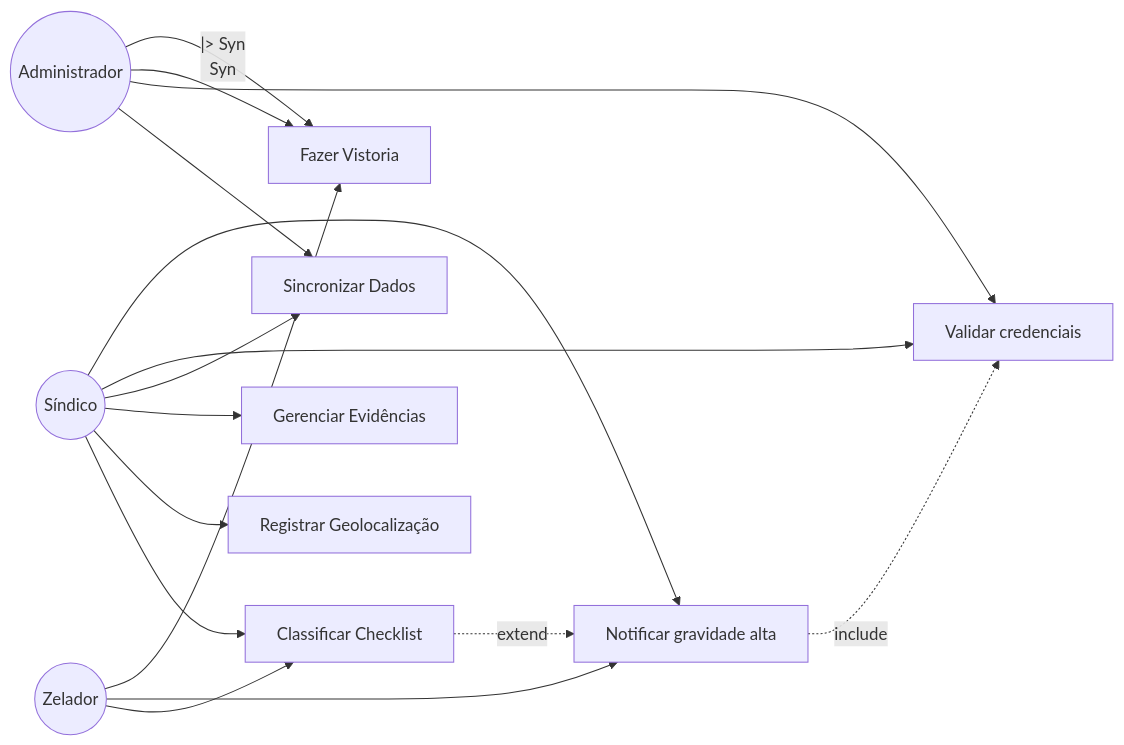
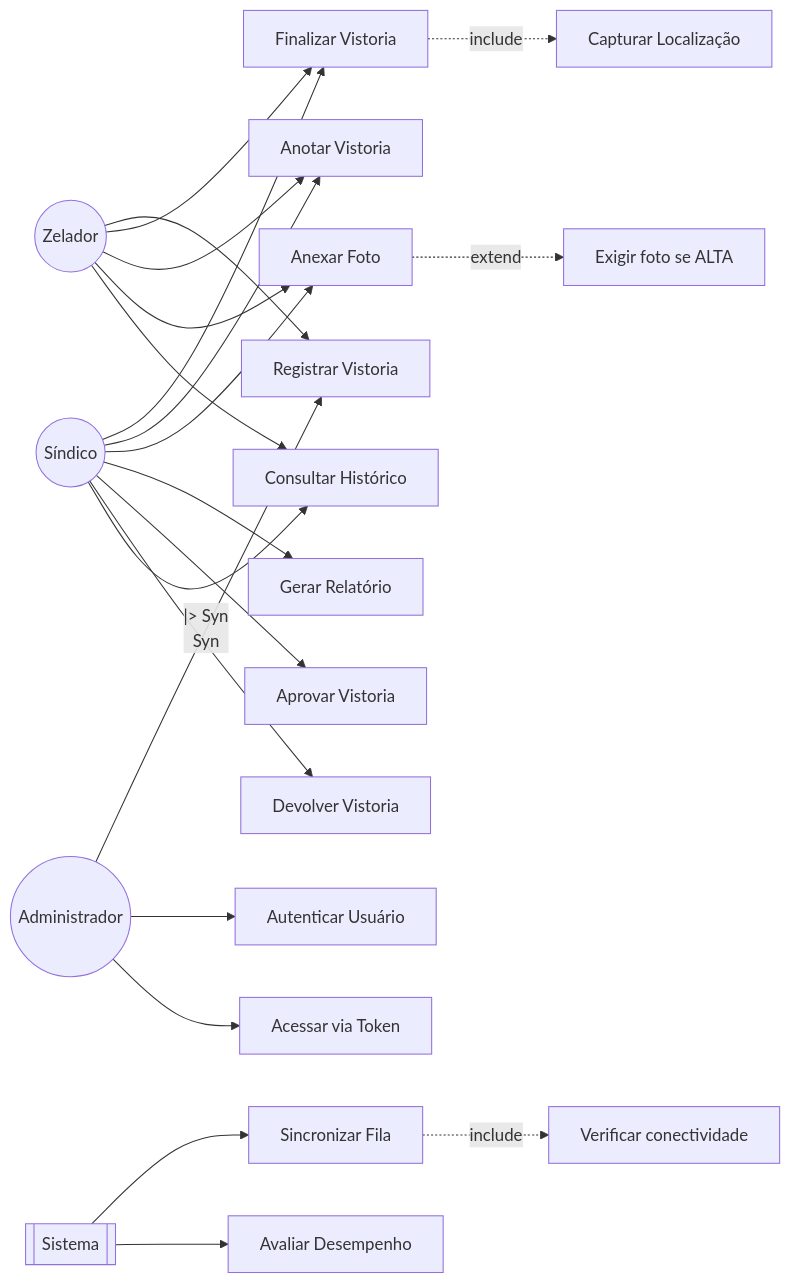
One commit to JpCobraC/SindiFlow changed the first of 9 diagrams in docs/documento-software.md. Above: the diagram before and after it, drawn with Mermaid. The commit also changed other lines of this file and 5 other files, not shown here.

````diff
--- a/docs/documento-software.md
+++ b/docs/documento-software.md
@@ -79,22 +253,28 @@
 ```mermaid
 flowchart LR
     Syn((Síndico))
     Zel((Zelador))
     Admin((Administrador))
+    Sys[[Sistema]]
     Admin --|> Syn
-    Syn --> UC1[Fazer Vistoria]
-    Syn --> UC2[Registrar Ocorrência]
-    Syn --> UC3[Consultar Histórico]
-    Syn --> UC4[Sincronizar Dados]
-    Syn --> UC5[Gerenciar Evidências]
-    Syn --> UC6[Registrar Geolocalização]
-    Syn --> UC7[Classificar Checklist]
-    Zel --> UC1
-    Zel --> UC2
-    Zel --> UC7
-    Admin --> UC1
-    Admin --> UC3
-    Admin --> UC4
-    UC2 -.include.-> UC3[Validar credenciais]
-    UC7 -.extend.-> UC2[Notificar gravidade alta]
+    Syn --> UC01[Registrar Vistoria]
+    Syn --> UC02[Finalizar Vistoria]
+    Syn --> UC03[Anotar Vistoria]
+    Syn --> UC05[Anexar Foto]
+    Syn --> UC07[Gerar Relatório]
+    Syn --> UC13[Aprovar Vistoria]
+    Syn --> UC14[Devolver Vistoria]
+    Syn --> UC15[Consultar Histórico]
+    Zel --> UC01
+    Zel --> UC02
+    Zel --> UC03
+    Zel --> UC05
+    Zel --> UC15
+    Admin --> UC08[Autenticar Usuário]
+    Admin --> UC09[Acessar via Token]
+    Sys --> UC06[Sincronizar Fila]
+    Sys --> UC10[Avaliar Desempenho]
+    UC02 -.include.-> UC04[Capturar Localização]
+    UC05 -.extend.-> EXIG[Exigir foto se ALTA]
+    UC06 -.include.-> NET[Verificar conectividade]
 ```
````
